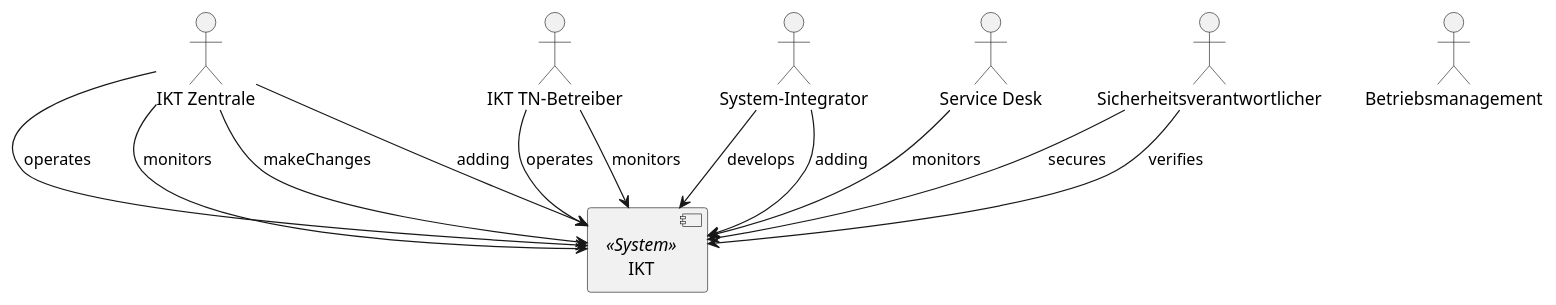
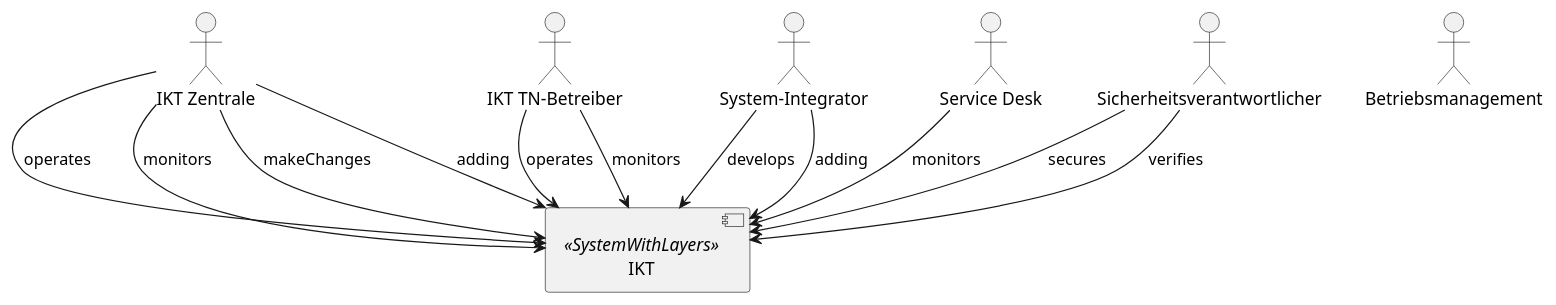
The diagram in src/cleonproject.deliverables.architecture.model.architecture/src/cleon.architecturemethods.systemarc42.sample/img/cleon_architecturemethods_systemarc42_ikt/Fachliches_Kontext_Diagramm.puml (marcozwyssig/cleon), drawn with PlantUML before and after one commit. The commit also changed 248 other files, not shown here.

```diff
--- a/src/cleonproject.deliverables.architecture.model.architecture/src/cleon.architecturemethods.systemarc42.sample/img/cleon_architecturemethods_systemarc42_ikt/Fachliches_Kontext_Diagramm.puml
+++ b/src/cleonproject.deliverables.architecture.model.architecture/src/cleon.architecturemethods.systemarc42.sample/img/cleon_architecturemethods_systemarc42_ikt/Fachliches_Kontext_Diagramm.puml
@@ -1,27 +1,27 @@
 @startuml
 
 skinparam monochrome true
 skinparam componentStyle uml2
 actor IKT__F_Zentrale as "IKT Zentrale"
 actor IKT__F_TN__S_Betreiber as "IKT TN-Betreiber"
 actor System__S_Integrator as "System-Integrator"
 actor Service__F_Desk as "Service Desk"
 actor Sicherheitsverantwortlicher as "Sicherheitsverantwortlicher"
 actor Betriebsmanagement as "Betriebsmanagement"
-component IKT as "IKT" <<System>>
+component IKT as "IKT" <<SystemWithLayers>>
 IKT__F_Zentrale -down-> IKT : operates
 IKT__F_Zentrale -down-> IKT : monitors
 IKT__F_Zentrale -down-> IKT : makeChanges
 IKT__F_Zentrale -down-> IKT : adding
 IKT__F_TN__S_Betreiber -down-> IKT : operates
 IKT__F_TN__S_Betreiber -down-> IKT : monitors
 System__S_Integrator -down-> IKT : develops
 System__S_Integrator -down-> IKT : adding
 Service__F_Desk -down-> IKT : monitors
 Sicherheitsverantwortlicher -down-> IKT : secures
 Sicherheitsverantwortlicher -down-> IKT : verifies
 
 ' Begin Protected Region [[layouting]]
 
 ' End Protected Region   [[layouting]]
 @enduml
```
